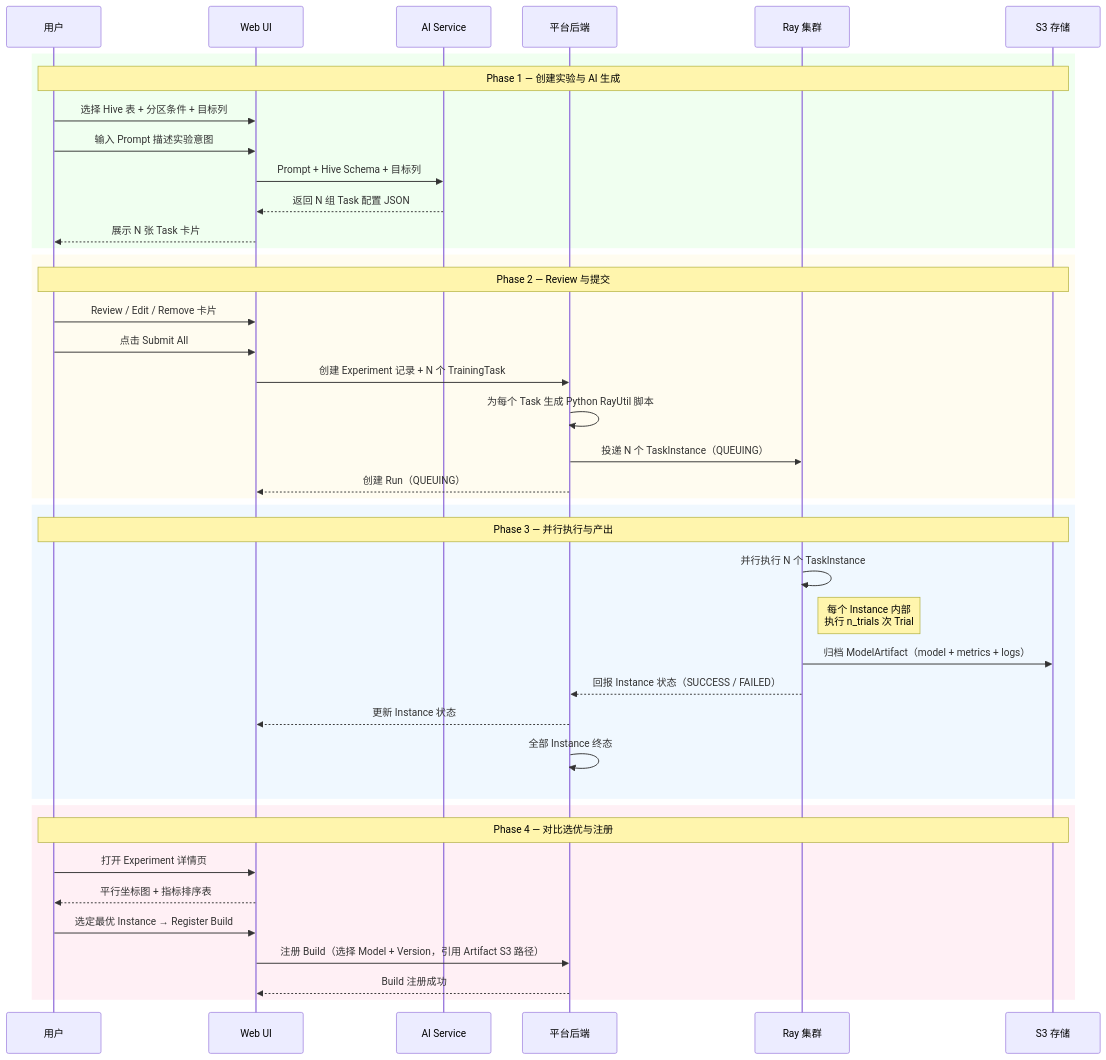
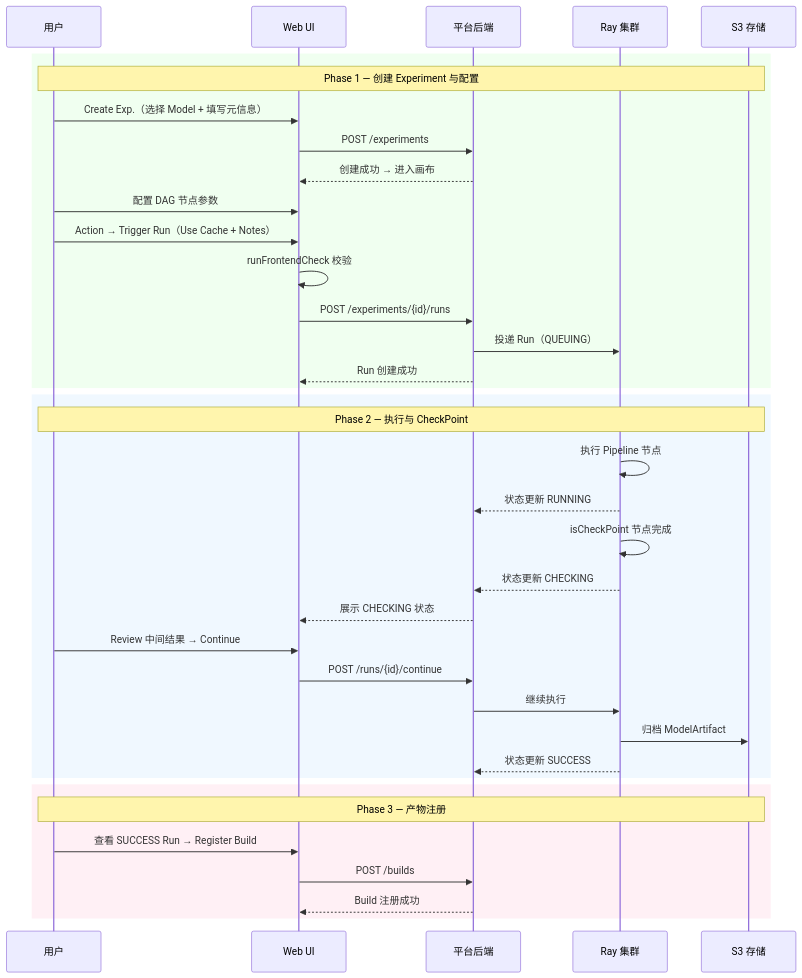
The third of 4 diagrams in docs/design/产品原型与PRD.md (Cedric-Chan/ModelExperiment), drawn with Mermaid before and after one commit. The commit also changed other lines of this file, not shown here.

First line of the commit message:
docs(PRD): restructure to Garrett five-layer model with Impact Triage

````diff
--- a/docs/design/产品原型与PRD.md
+++ b/docs/design/产品原型与PRD.md
@@ -276,47 +414,42 @@
 ```mermaid
 sequenceDiagram
     participant User as 用户
     participant Web as Web UI
-    participant AI as AI Service
     participant BE as 平台后端
     participant Ray as Ray 集群
     participant S3 as S3 存储
 
     rect rgb(240, 255, 240)
-    Note over User,S3: Phase 1 — 创建实验与 AI 生成
-    User->>Web: 选择 Hive 表 + 分区条件 + 目标列
-    User->>Web: 输入 Prompt 描述实验意图
-    Web->>AI: Prompt + Hive Schema + 目标列
-    AI-->>Web: 返回 N 组 Task 配置 JSON
-    Web-->>User: 展示 N 张 Task 卡片
-    end
-
-    rect rgb(255, 252, 240)
-    Note over User,S3: Phase 2 — Review 与提交
-    User->>Web: Review / Edit / Remove 卡片
-    User->>Web: 点击 Submit All
-    Web->>BE: 创建 Experiment 记录 + N 个 TrainingTask
-    BE->>BE: 为每个 Task 生成 Python RayUtil 脚本
-    BE->>Ray: 投递 N 个 TaskInstance（QUEUING）
-    BE-->>Web: 创建 Run（QUEUING）
+    Note over User,S3: Phase 1 — 创建 Experiment 与配置
+    User->>Web: Create Exp.（选择 Model + 填写元信息）
+    Web->>BE: POST /experiments
+    BE-->>Web: 创建成功 → 进入画布
+    User->>Web: 配置 DAG 节点参数
+    User->>Web: Action → Trigger Run（Use Cache + Notes）
+    Web->>Web: runFrontendCheck 校验
+    Web->>BE: POST /experiments/{id}/runs
+    BE->>Ray: 投递 Run（QUEUING）
+    BE-->>Web: Run 创建成功
     end
 
     rect rgb(240, 248, 255)
-    Note over User,S3: Phase 3 — 并行执行与产出
-    Ray->>Ray: 并行执行 N 个 TaskInstance
-    Note right of Ray: 每个 Instance 内部<br/>执行 n_trials 次 Trial
-    Ray->>S3: 归档 ModelArtifact（model + metrics + logs）
-    Ray-->>BE: 回报 Instance 状态（SUCCESS / FAILED）
-    BE-->>Web: 更新 Instance 状态
-    BE->>BE: 全部 Instance 终态
+    Note over User,S3: Phase 2 — 执行与 CheckPoint
+    Ray->>Ray: 执行 Pipeline 节点
+    Ray-->>BE: 状态更新 RUNNING
+    Ray->>Ray: isCheckPoint 节点完成
+    Ray-->>BE: 状态更新 CHECKING
+    BE-->>Web: 展示 CHECKING 状态
+    User->>Web: Review 中间结果 → Continue
+    Web->>BE: POST /runs/{id}/continue
+    BE->>Ray: 继续执行
+    Ray->>S3: 归档 ModelArtifact
+    Ray-->>BE: 状态更新 SUCCESS
     end
 
     rect rgb(255, 240, 245)
-    Note over User,S3: Phase 4 — 对比选优与注册
-    User->>Web: 打开 Experiment 详情页
-    Web-->>User: 平行坐标图 + 指标排序表
-    User->>Web: 选定最优 Instance → Register Build
-    Web->>BE: 注册 Build（选择 Model + Version，引用 Artifact S3 路径）
+    Note over User,S3: Phase 3 — 产物注册
+    User->>Web: 查看 SUCCESS Run → Register Build
+    Web->>BE: POST /builds
     BE-->>Web: Build 注册成功
     end
 ```
````
